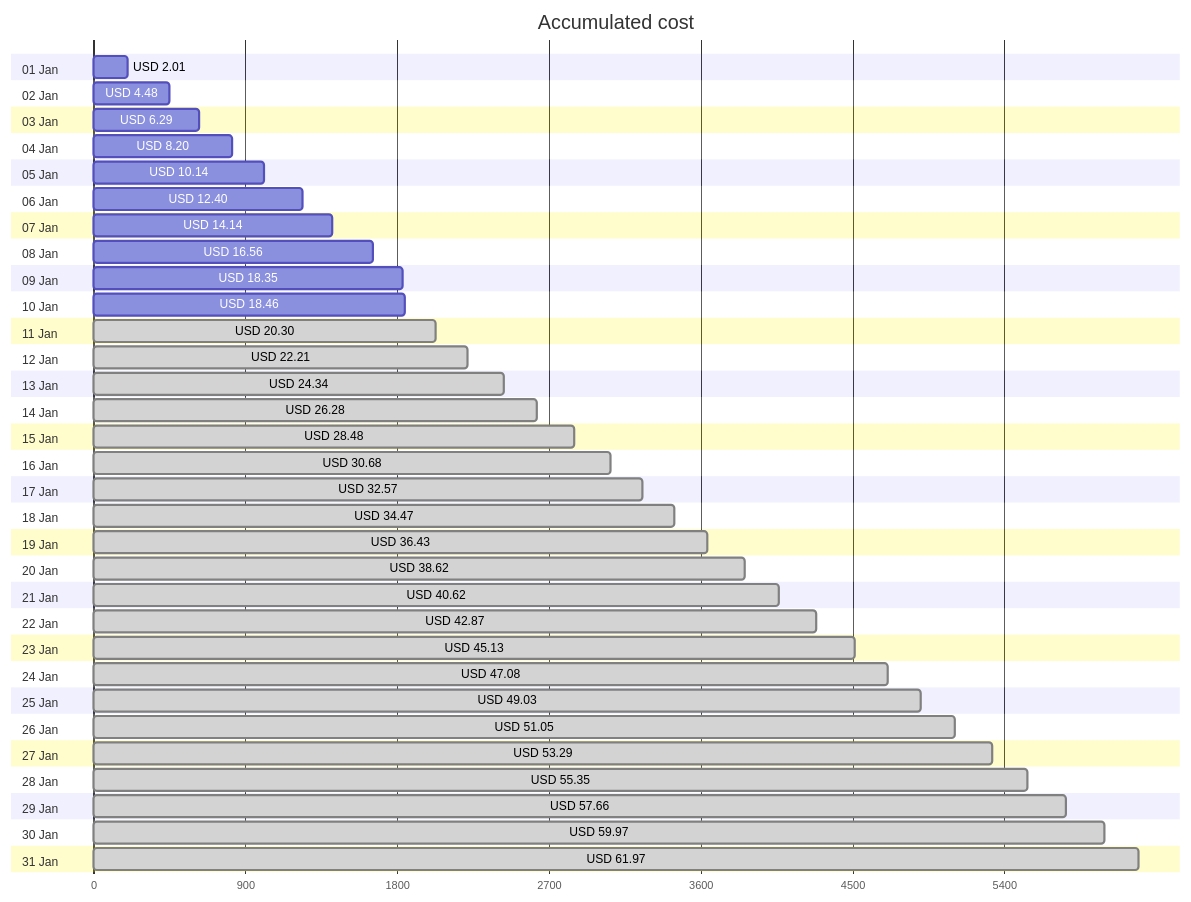
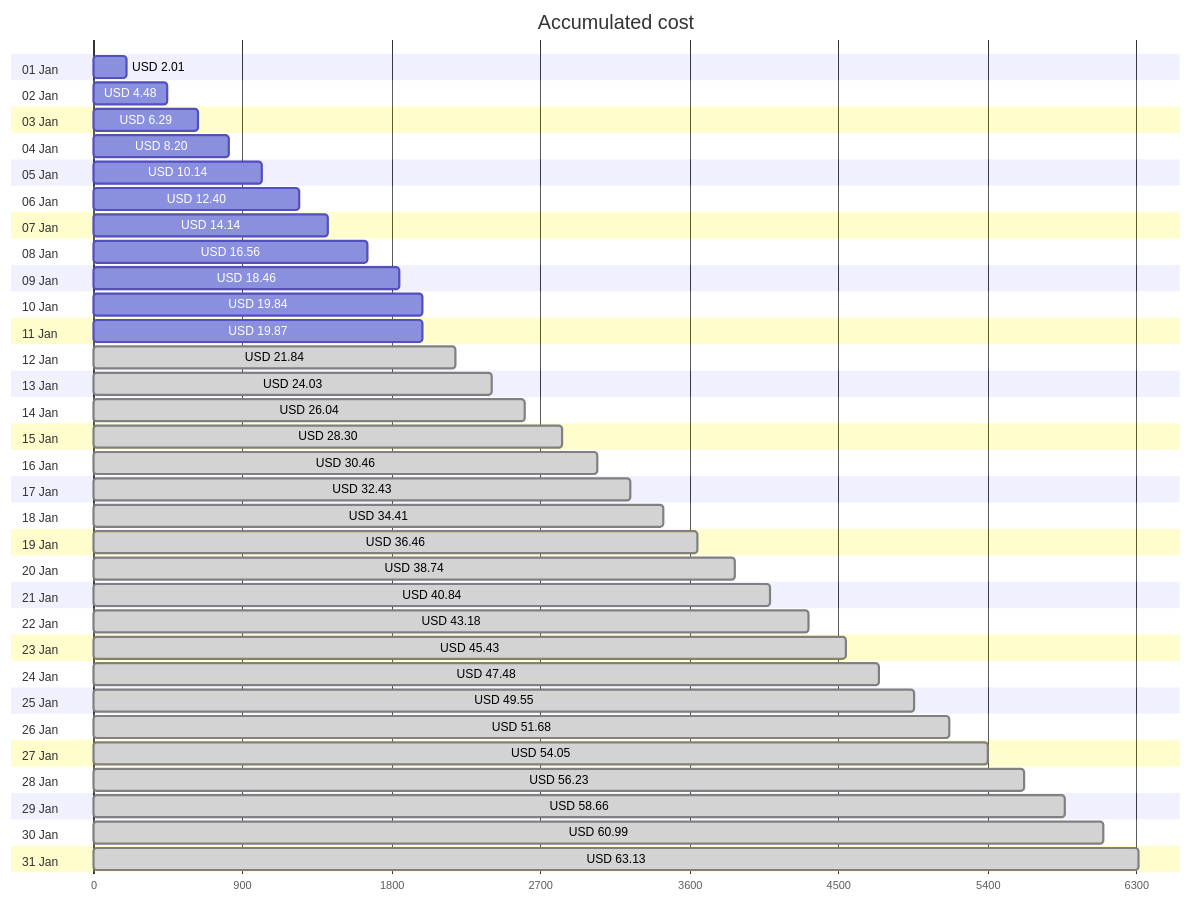
Before and after one commit to jpfulton/azure-personal-reports: the first of 4 diagrams in cost-reports/personal-network/README.md, drawn with Mermaid. The commit also changed other lines of this file and 8 other files, not shown here.

````diff
--- a/cost-reports/personal-network/README.md
+++ b/cost-reports/personal-network/README.md
@@ -20,68 +20,68 @@
 ```mermaid
 gantt
    title Accumulated cost
    dateFormat  X
    axisFormat %s
    section 01 Jan
    USD 2.01 :0, 201
    section 02 Jan
    USD 4.48 :0, 448
    section 03 Jan
    USD 6.29 :0, 629
    section 04 Jan
    USD 8.20 :0, 820
    section 05 Jan
    USD 10.14 :0, 1014
    section 06 Jan
    USD 12.40 :0, 1240
    section 07 Jan
    USD 14.14 :0, 1414
    section 08 Jan
    USD 16.56 :0, 1656
    section 09 Jan
-   USD 18.35 :0, 1835
+   USD 18.46 :0, 1846
    section 10 Jan
-   USD 18.46 :0, 1846
+   USD 19.84 :0, 1984
    section 11 Jan
-   USD 20.30 : done, 0, 2030
+   USD 19.87 :0, 1987
    section 12 Jan
-   USD 22.21 : done, 0, 2221
+   USD 21.84 : done, 0, 2184
    section 13 Jan
-   USD 24.34 : done, 0, 2434
+   USD 24.03 : done, 0, 2403
    section 14 Jan
-   USD 26.28 : done, 0, 2628
+   USD 26.04 : done, 0, 2604
    section 15 Jan
-   USD 28.48 : done, 0, 2848
+   USD 28.30 : done, 0, 2830
    section 16 Jan
-   USD 30.68 : done, 0, 3068
+   USD 30.46 : done, 0, 3046
    section 17 Jan
-   USD 32.57 : done, 0, 3257
+   USD 32.43 : done, 0, 3243
    section 18 Jan
-   USD 34.47 : done, 0, 3447
+   USD 34.41 : done, 0, 3441
    section 19 Jan
-   USD 36.43 : done, 0, 3643
+   USD 36.46 : done, 0, 3646
    section 20 Jan
-   USD 38.62 : done, 0, 3862
+   USD 38.74 : done, 0, 3874
    section 21 Jan
-   USD 40.62 : done, 0, 4062
+   USD 40.84 : done, 0, 4084
    section 22 Jan
-   USD 42.87 : done, 0, 4287
+   USD 43.18 : done, 0, 4318
    section 23 Jan
-   USD 45.13 : done, 0, 4513
+   USD 45.43 : done, 0, 4543
    section 24 Jan
-   USD 47.08 : done, 0, 4708
+   USD 47.48 : done, 0, 4748
    section 25 Jan
-   USD 49.03 : done, 0, 4903
+   USD 49.55 : done, 0, 4955
    section 26 Jan
-   USD 51.05 : done, 0, 5105
+   USD 51.68 : done, 0, 5168
    section 27 Jan
-   USD 53.29 : done, 0, 5329
+   USD 54.05 : done, 0, 5405
    section 28 Jan
-   USD 55.35 : done, 0, 5535
+   USD 56.23 : done, 0, 5623
    section 29 Jan
-   USD 57.66 : done, 0, 5766
+   USD 58.66 : done, 0, 5866
    section 30 Jan
-   USD 59.97 : done, 0, 5997
+   USD 60.99 : done, 0, 6099
    section 31 Jan
-   USD 61.97 : done, 0, 6197
+   USD 63.13 : done, 0, 6313
 ```
````
